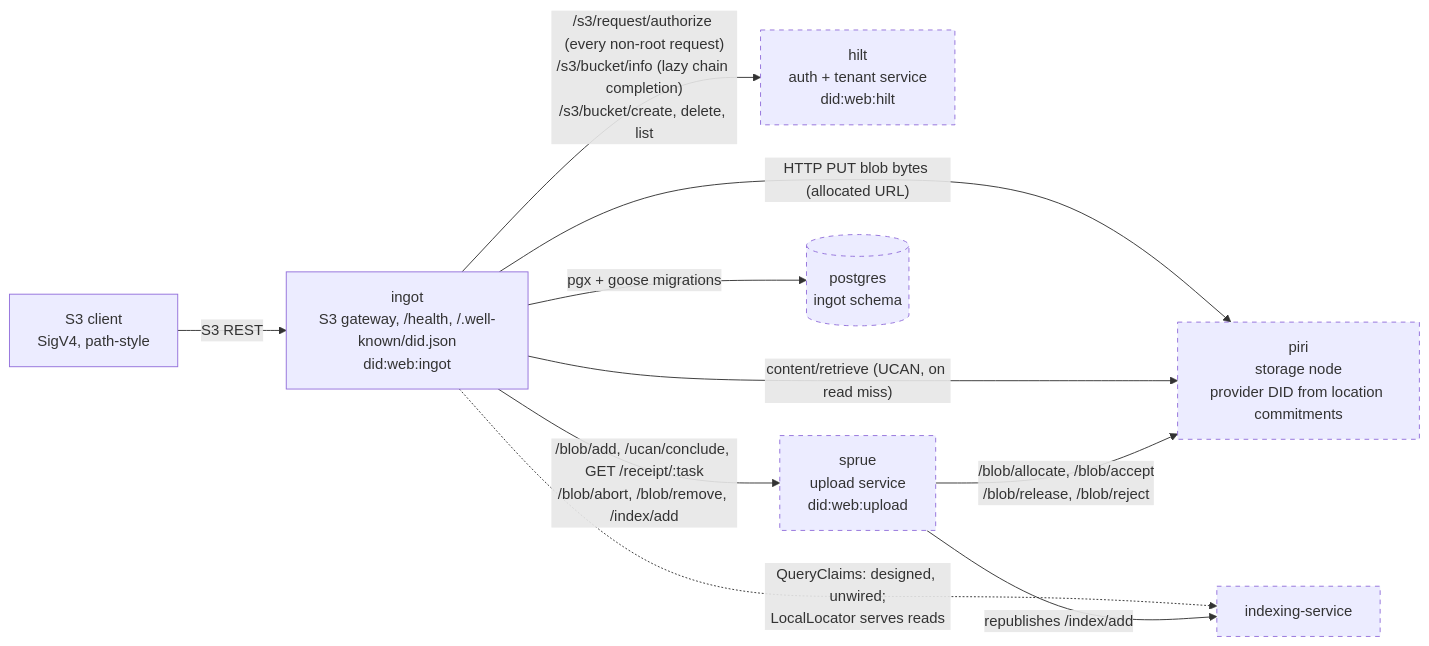
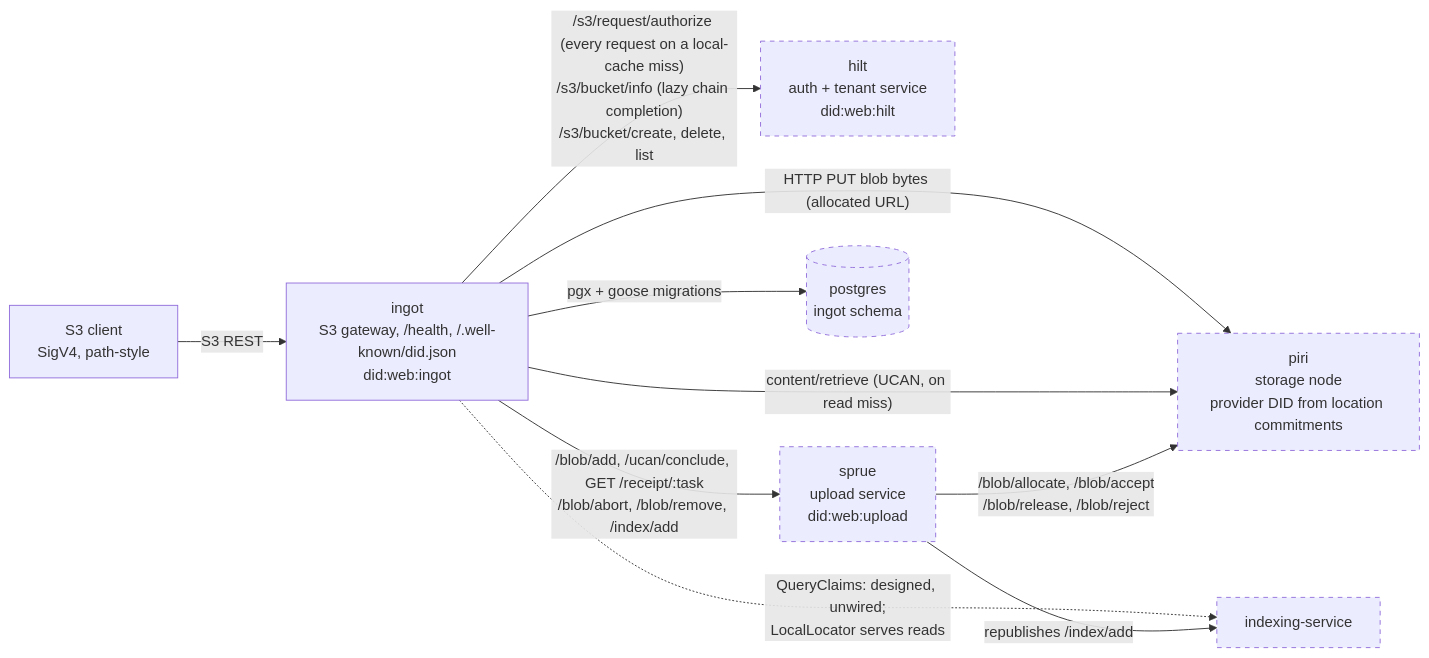
One commit to fil-forge/forge changed the first of 14 diagrams in docs/diagrams.md. Above: the diagram before and after it, drawn with Mermaid. The commit also changed other lines of this file and 21 other files, not shown here.

````diff
--- a/docs/diagrams.md
+++ b/docs/diagrams.md
@@ -45,23 +45,23 @@
 ```mermaid
 flowchart LR
     client["S3 client<br/>SigV4, path-style"]
     ingot["ingot<br/>S3 gateway, /health, /.well-known/did.json<br/>did:web:ingot"]
     hilt["hilt<br/>auth + tenant service<br/>did:web:hilt"]
     sprue["sprue<br/>upload service<br/>did:web:upload"]
     piri["piri<br/>storage node<br/>provider DID from location commitments"]
     pg[("postgres<br/>ingot schema")]
     idx["indexing-service"]
 
     client -->|"S3 REST"| ingot
-    ingot -->|"/s3/request/authorize (every non-root request)<br/>/s3/bucket/info (lazy chain completion)<br/>/s3/bucket/create, delete, list"| hilt
+    ingot -->|"/s3/request/authorize (every request on a local-cache miss)<br/>/s3/bucket/info (lazy chain completion)<br/>/s3/bucket/create, delete, list"| hilt
     ingot -->|"/blob/add, /ucan/conclude, GET /receipt/:task<br/>/blob/abort, /blob/remove, /index/add"| sprue
     ingot -->|"HTTP PUT blob bytes (allocated URL)"| piri
     ingot -->|"content/retrieve (UCAN, on read miss)"| piri
     ingot -->|"pgx + goose migrations"| pg
     ingot -.->|"QueryClaims: designed, unwired;<br/>LocalLocator serves reads"| idx
     sprue -->|"/blob/allocate, /blob/accept<br/>/blob/release, /blob/reject"| piri
     sprue -->|"republishes /index/add"| idx
 
     classDef external stroke-dasharray: 5 5
     class hilt,sprue,piri,pg,idx external
 ```
````
